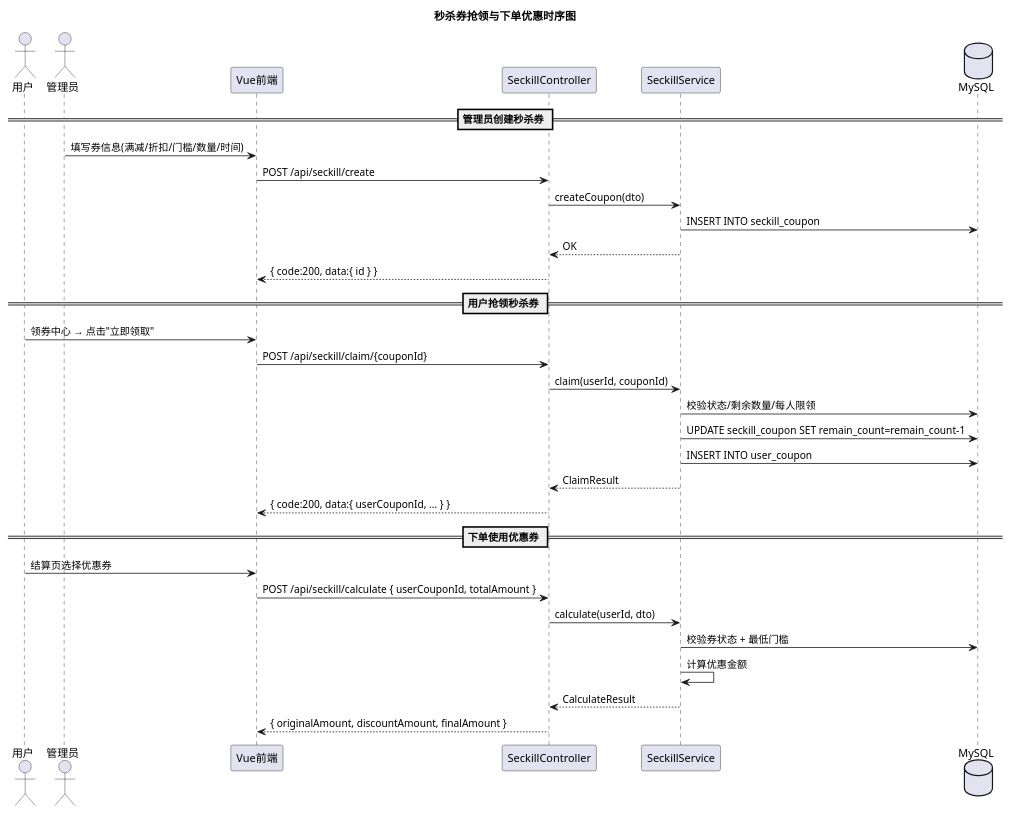
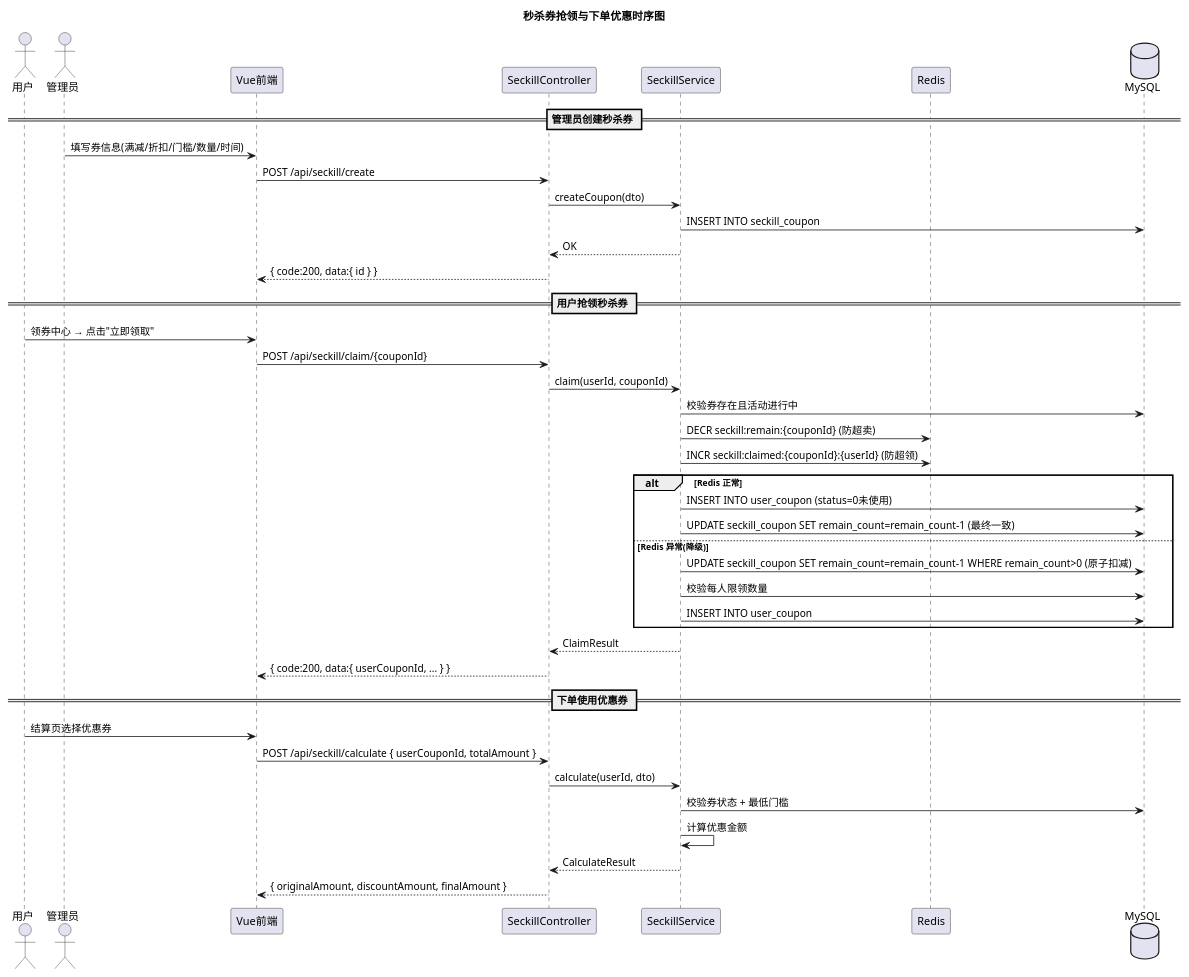
Before and after one commit to KIM406-CMD/chrono: the sixth of 6 diagrams in uml/uml-sequence.puml, drawn with PlantUML. The commit also changed other lines of this file and 21 other files, not shown here.

First line of the commit message:
docs: 同步设计文档与 UML 图

```diff
--- a/uml/uml-sequence.puml
+++ b/uml/uml-sequence.puml
@@ -313,39 +310,48 @@
 @startuml 秒杀券抢领与使用
 
 title 秒杀券抢领与下单优惠时序图
 
 actor 用户 as User
 actor 管理员 as Admin
 participant "Vue前端" as Vue
 participant "SeckillController" as SC
 participant "SeckillService" as SS
+participant "Redis" as Redis
 database "MySQL" as DB
 
 == 管理员创建秒杀券 ==
 Admin -> Vue : 填写券信息(满减/折扣/门槛/数量/时间)
 Vue -> SC : POST /api/seckill/create
 SC -> SS : createCoupon(dto)
 SS -> DB : INSERT INTO seckill_coupon
 SS --> SC : OK
 SC --> Vue : { code:200, data:{ id } }
 
 == 用户抢领秒杀券 ==
 User -> Vue : 领券中心 → 点击"立即领取"
 Vue -> SC : POST /api/seckill/claim/{couponId}
 SC -> SS : claim(userId, couponId)
-SS -> DB : 校验状态/剩余数量/每人限领
-SS -> DB : UPDATE seckill_coupon SET remain_count=remain_count-1
-SS -> DB : INSERT INTO user_coupon
+SS -> DB : 校验券存在且活动进行中
+SS -> Redis : DECR seckill:remain:{couponId} (防超卖)
+SS -> Redis : INCR seckill:claimed:{couponId}:{userId} (防超领)
+alt Redis 正常
+  SS -> DB : INSERT INTO user_coupon (status=0未使用)
+  SS -> DB : UPDATE seckill_coupon SET remain_count=remain_count-1 (最终一致)
+else Redis 异常(降级)
+  SS -> DB : UPDATE seckill_coupon SET remain_count=remain_count-1 WHERE remain_count>0 (原子扣减)
+  SS -> DB : 校验每人限领数量
+  SS -> DB : INSERT INTO user_coupon
+end
 SS --> SC : ClaimResult
 SC --> Vue : { code:200, data:{ userCouponId, ... } }
 
 == 下单使用优惠券 ==
 User -> Vue : 结算页选择优惠券
 Vue -> SC : POST /api/seckill/calculate { userCouponId, totalAmount }
 SC -> SS : calculate(userId, dto)
 SS -> DB : 校验券状态 + 最低门槛
 SS -> SS : 计算优惠金额
 SS --> SC : CalculateResult
 SC --> Vue : { originalAmount, discountAmount, finalAmount }
 
 @enduml
```
